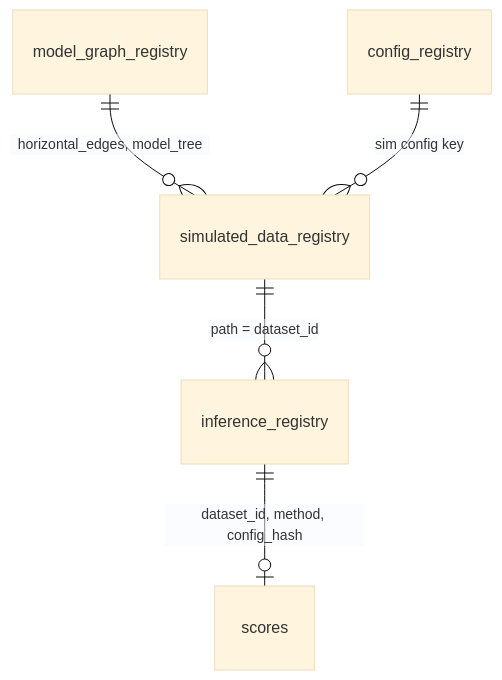
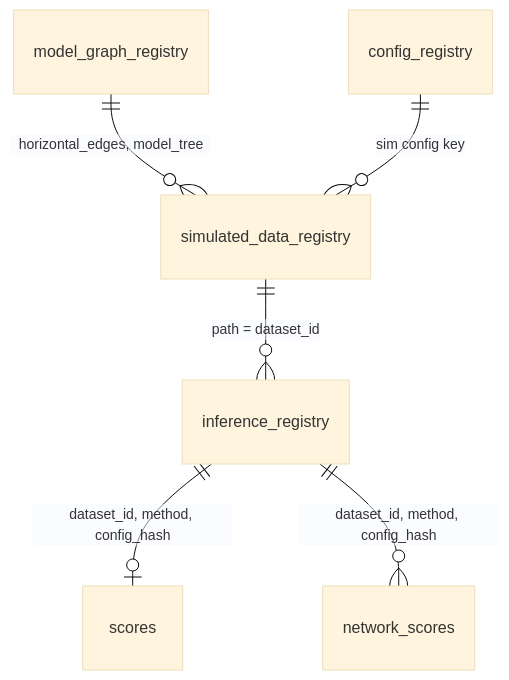
One commit to xSeanliux/PCH-ASTRAL changed the diagram in docs/SCHEMAS.md. Above: the diagram before and after it, drawn with Mermaid (base theme). The commit also changed other lines of this file and 4 other files, not shown here.

First line of the commit message:
refactor(camus): network-score reads families from inference_registry

````diff
--- a/docs/SCHEMAS.md
+++ b/docs/SCHEMAS.md
@@ -7,7 +7,8 @@
 ```mermaid
 erDiagram
   model_graph_registry ||--o{ simulated_data_registry : "horizontal_edges, model_tree"
   config_registry ||--o{ simulated_data_registry : "sim config key"
   simulated_data_registry ||--o{ inference_registry : "path = dataset_id"
   inference_registry ||--o| scores : "dataset_id, method, config_hash"
+  inference_registry ||--o{ network_scores : "dataset_id, method, config_hash"
 ```
````
